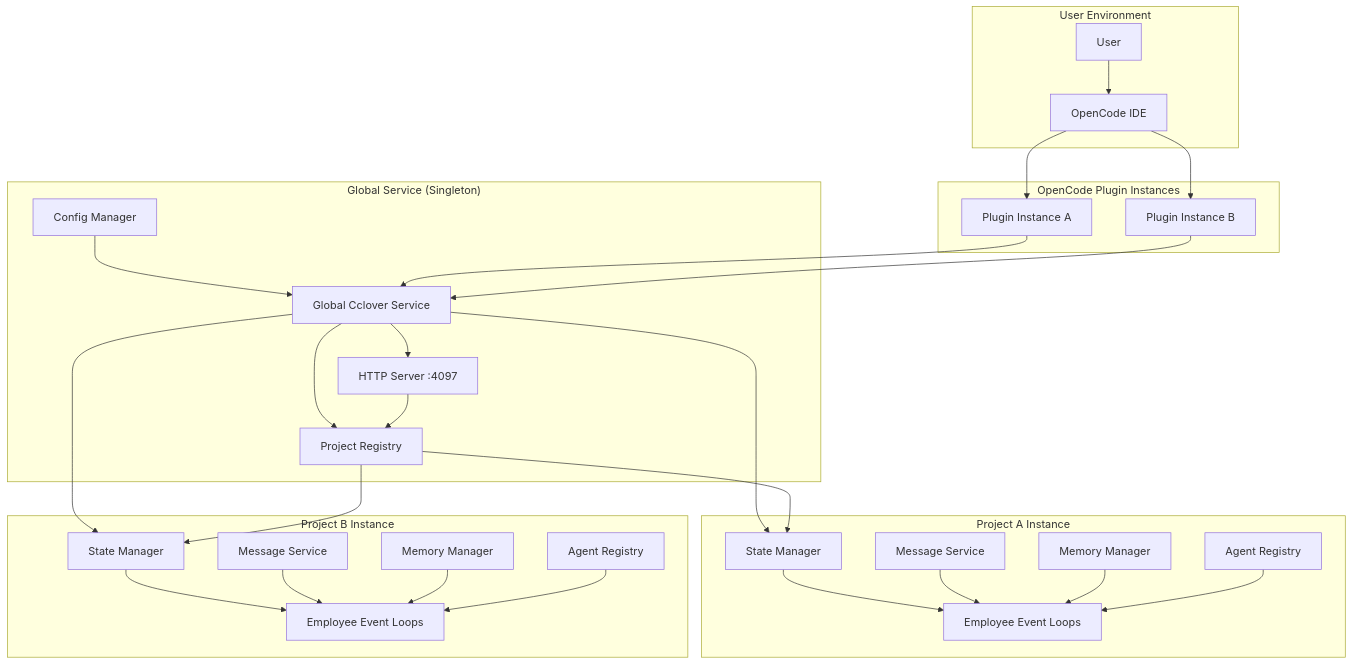
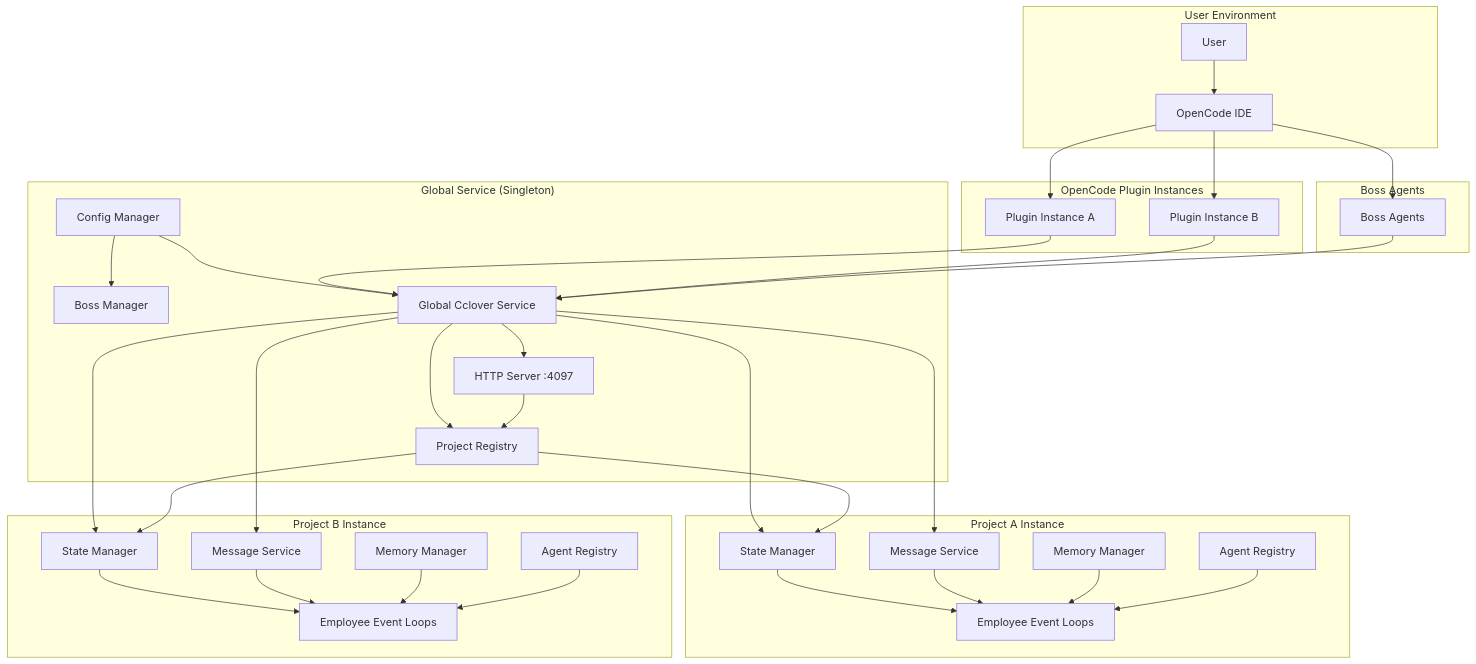
One commit to fkxxyz/opencode-cclover changed the diagram in docs/architecture.md. Above: the diagram before and after it, drawn with Mermaid. The commit also changed other lines of this file and 21 other files, not shown here.

````diff
--- a/docs/architecture.md
+++ b/docs/architecture.md
@@ -9,63 +9,73 @@
 ```mermaid
 graph TB
     subgraph "User Environment"
         User[User]
         OpenCode[OpenCode IDE]
     end
     
+    subgraph "Boss Agents"
+        BossAgents[Boss Agents]
+    end
+    
     subgraph "Global Service (Singleton)"
         Config[Config Manager]
+        BossManager[Boss Manager]
         GlobalService[Global Cclover Service]
         ProjectRegistry[Project Registry]
         HTTPServer[HTTP Server :4097]
         
         Config --> GlobalService
+        Config --> BossManager
         GlobalService --> ProjectRegistry
         GlobalService --> HTTPServer
     end
     
     subgraph "Project A Instance"
         PA_State[State Manager]
         PA_Msg[Message Service]
         PA_Mem[Memory Manager]
         PA_Agent[Agent Registry]
         PA_Emp[Employee Event Loops]
         
         PA_State --> PA_Emp
         PA_Msg --> PA_Emp
         PA_Mem --> PA_Emp
         PA_Agent --> PA_Emp
     end
     
     subgraph "Project B Instance"
         PB_State[State Manager]
         PB_Msg[Message Service]
         PB_Mem[Memory Manager]
         PB_Agent[Agent Registry]
         PB_Emp[Employee Event Loops]
         
         PB_State --> PB_Emp
         PB_Msg --> PB_Emp
         PB_Mem --> PB_Emp
         PB_Agent --> PB_Emp
     end
     
     subgraph "OpenCode Plugin Instances"
         PluginA[Plugin Instance A]
         PluginB[Plugin Instance B]
     end
     
     User --> OpenCode
     OpenCode --> PluginA
     OpenCode --> PluginB
+    OpenCode --> BossAgents
     
     PluginA --> GlobalService
     PluginB --> GlobalService
+    BossAgents --> GlobalService
     
+    GlobalService --> PA_Msg
+    GlobalService --> PB_Msg
     GlobalService --> PA_State
     GlobalService --> PB_State
     
     HTTPServer --> ProjectRegistry
     ProjectRegistry --> PA_State
     ProjectRegistry --> PB_State
 ```
````
